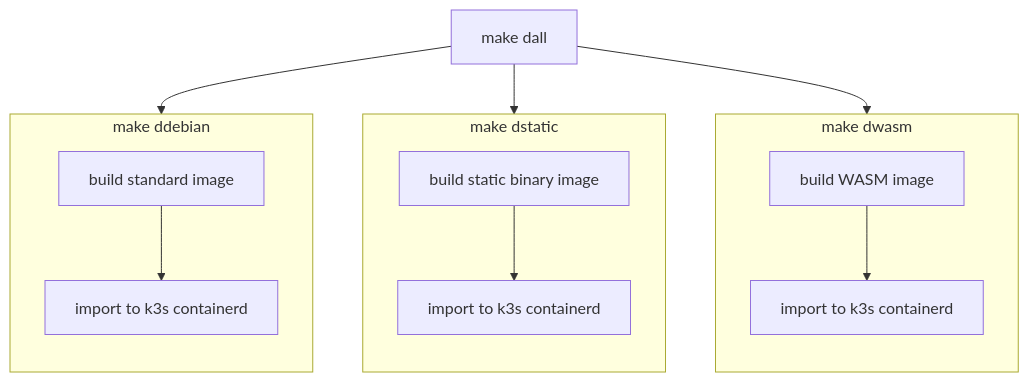
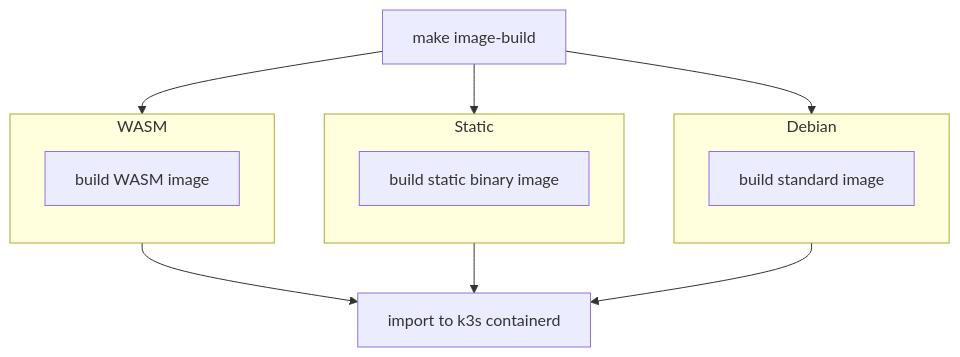
The first of 3 diagrams in README.md (petrosbal/krater), drawn with Mermaid before and after one commit. The commit also changed other lines of this file and 3 other files, not shown here.

````diff
--- a/README.md
+++ b/README.md
@@ -37,32 +54,32 @@
 ```mermaid
 flowchart TD
-    Root[make dall]
+    Root[make image-build]
 
-    subgraph DebianFlow [make ddebian]
+    subgraph DebianFlow [Debian]
         direction TB
         DebBuild[build standard image]
-        DebImport[import to k3s containerd]
-        
-        DebBuild --> DebImport
     end
 
-    subgraph StaticFlow [make dstatic]
+    subgraph StaticFlow [Static]
         direction TB
         StatBuild[build static binary image]
-        StatImport[import to k3s containerd]
-        
-        StatBuild --> StatImport
     end
 
-    subgraph WasmFlow [make dwasm]
+    subgraph WasmFlow [WASM]
         direction TB
         WasmBuild[build WASM image]
-        WasmImport[import to k3s containerd]        
-        WasmBuild --> WasmImport
     end
+
+
+    Import[import to k3s containerd]
 
     %% Connections
     Root --> DebianFlow
     Root --> StaticFlow
     Root --> WasmFlow
+
+    %% Converge to single import step
+    DebBuild --> Import
+    StatBuild --> Import
+    WasmBuild --> Import
 ```
````
